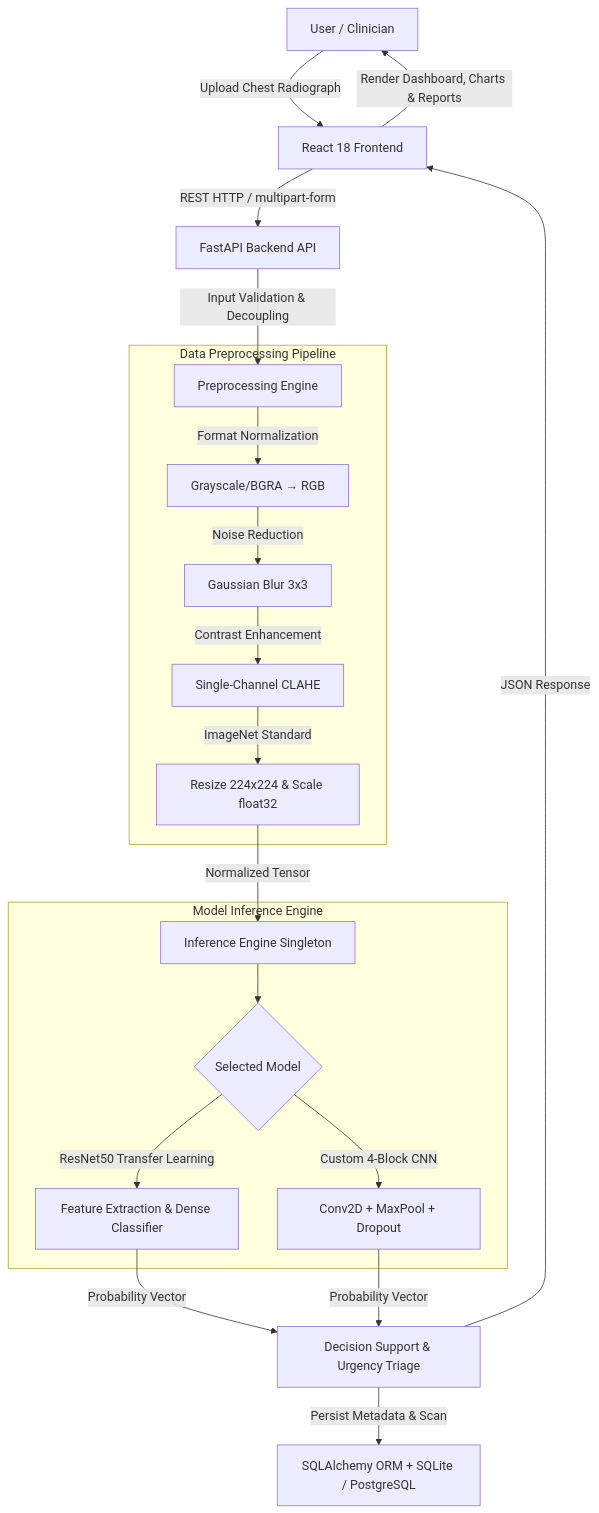
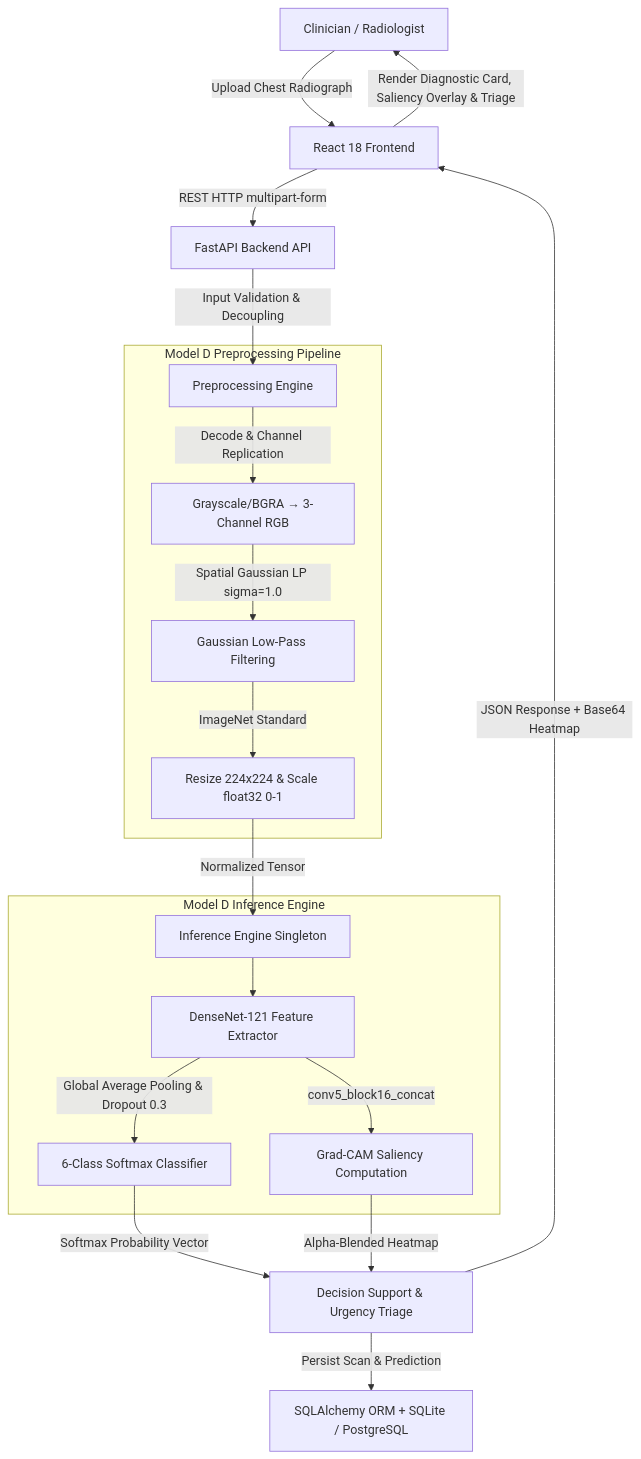
The diagram in README.md (KSathwik/Lung_Disease_Detector), drawn with Mermaid before and after one commit. The commit also changed other lines of this file and 71 other files, not shown here.

````diff
--- a/README.md
+++ b/README.md
@@ -41,28 +48,27 @@
 ```mermaid
 flowchart TD
-    A[User / Clinician] -->|Upload Chest Radiograph| B[React 18 Frontend]
-    B -->|REST HTTP / multipart-form| C[FastAPI Backend API]
+    A[Clinician / Radiologist] -->|Upload Chest Radiograph| B[React 18 Frontend]
+    B -->|REST HTTP multipart-form| C[FastAPI Backend API]
     C -->|Input Validation & Decoupling| D[Preprocessing Engine]
     
-    subgraph Preprocessing [Data Preprocessing Pipeline]
-        D -->|Format Normalization| D1[Grayscale/BGRA → RGB]
-        D1 -->|Noise Reduction| D2[Gaussian Blur 3x3]
-        D2 -->|Contrast Enhancement| D3[Single-Channel CLAHE]
-        D3 -->|ImageNet Standard| D4[Resize 224x224 & Scale float32]
+    subgraph Preprocessing [Model D Preprocessing Pipeline]
+        D -->|Decode & Channel Replication| D1[Grayscale/BGRA → 3-Channel RGB]
+        D1 -->|Spatial Gaussian LP sigma=1.0| D2[Gaussian Low-Pass Filtering]
+        D2 -->|ImageNet Standard| D3[Resize 224x224 & Scale float32 0-1]
     end
     
-    D4 -->|Normalized Tensor| E[Inference Engine Singleton]
+    D3 -->|Normalized Tensor| E[Inference Engine Singleton]
     
-    subgraph ML_Inference [Model Inference Engine]
-        E --> F{Selected Model}
-        F -->|ResNet50 Transfer Learning| G[Feature Extraction & Dense Classifier]
-        F -->|Custom 4-Block CNN| H[Conv2D + MaxPool + Dropout]
+    subgraph ML_Inference [Model D Inference Engine]
+        E --> F[DenseNet-121 Feature Extractor]
+        F -->|conv5_block16_concat| G[Grad-CAM Saliency Computation]
+        F -->|Global Average Pooling & Dropout 0.3| H[6-Class Softmax Classifier]
     end
     
-    G -->|Probability Vector| I[Decision Support & Urgency Triage]
-    H -->|Probability Vector| I
+    H -->|Softmax Probability Vector| I[Decision Support & Urgency Triage]
+    G -->|Alpha-Blended Heatmap| I
     
-    I -->|Persist Metadata & Scan| J[SQLAlchemy ORM + SQLite / PostgreSQL]
-    I -->|JSON Response| B
-    B -->|Render Dashboard, Charts & Reports| A
+    I -->|Persist Scan & Prediction| J[SQLAlchemy ORM + SQLite / PostgreSQL]
+    I -->|JSON Response + Base64 Heatmap| B
+    B -->|Render Diagnostic Card, Saliency Overlay & Triage| A
 ```
````
